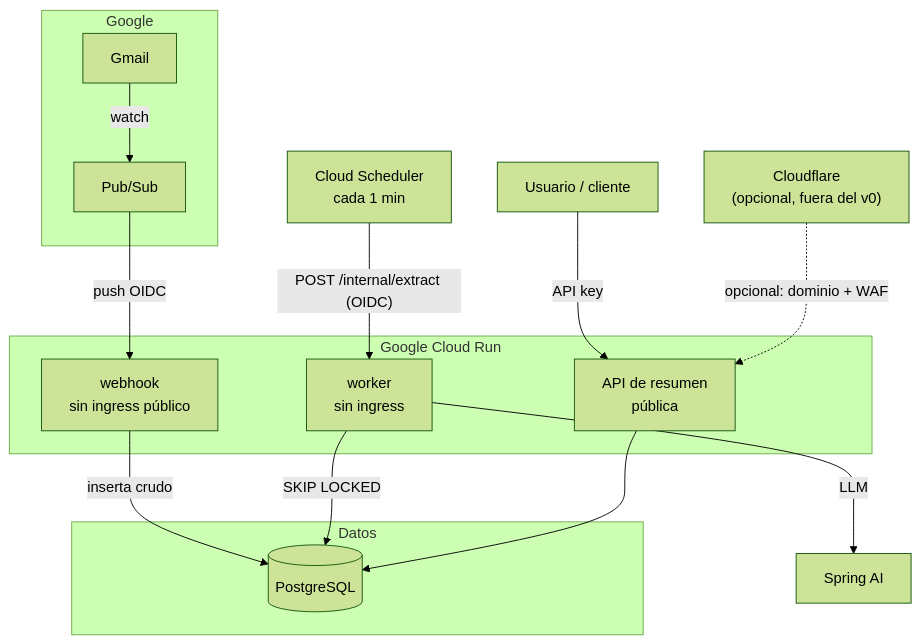
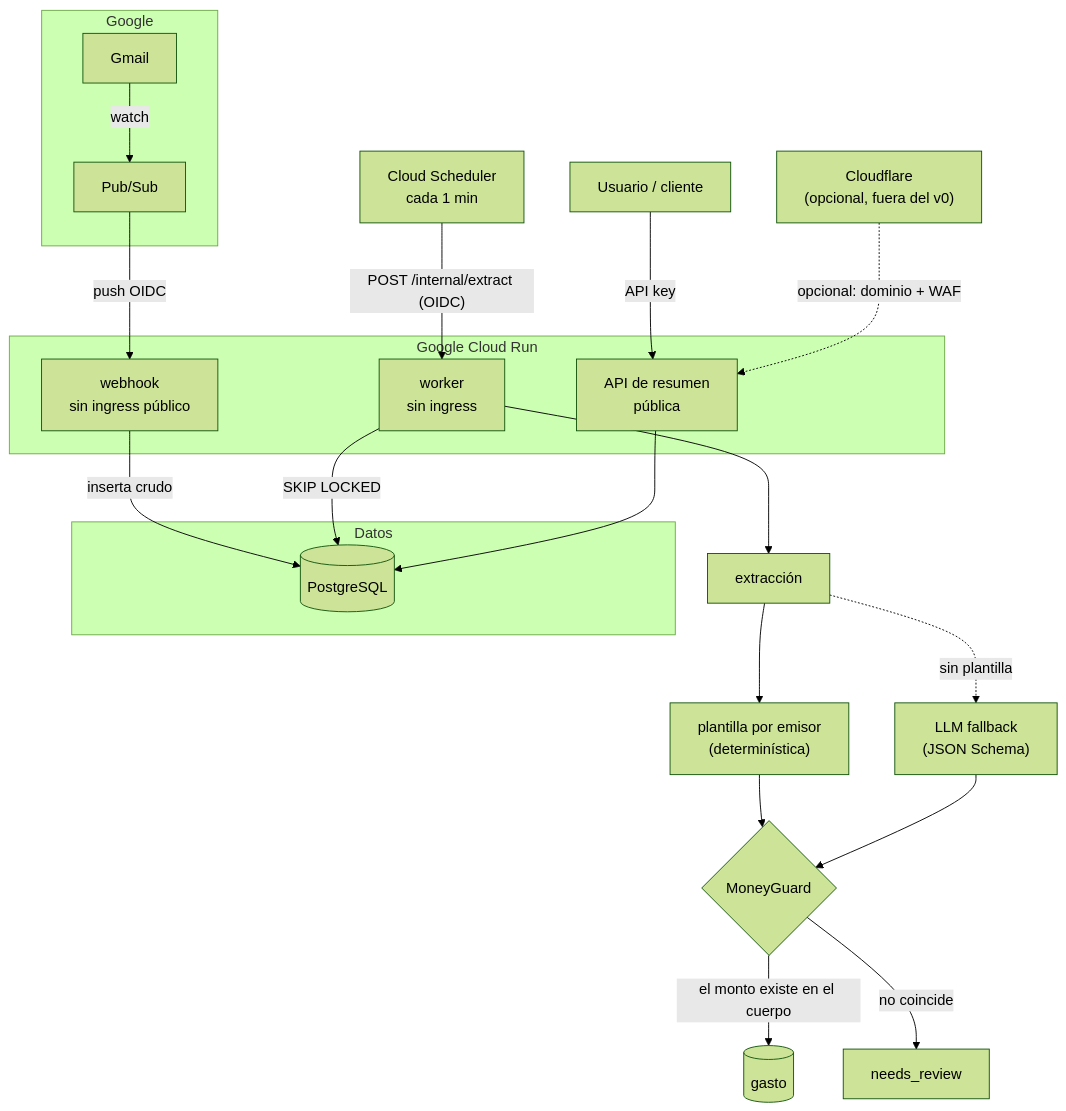
The first of 3 diagrams in docs/architecture.md (fperezlefiman/expense-tracker), drawn with Mermaid (forest theme) before and after one commit. The commit also changed other lines of this file and 7 other files, not shown here.

First line of the commit message:
docs: templates first, LLM as fallback, and a guard over the money (ADR 0014, 0015)

````diff
--- a/docs/architecture.md
+++ b/docs/architecture.md
@@ -8,28 +8,34 @@
 ```mermaid
 flowchart TB
     subgraph Google
         GM[Gmail]
         PS[Pub/Sub]
     end
     subgraph GCP["Google Cloud Run"]
         WH["webhook<br/>sin ingress público"]
         WK["worker<br/>sin ingress"]
         API["API de resumen<br/>pública"]
     end
     SCH["Cloud Scheduler<br/>cada 1 min"]
     subgraph Datos
         PG[("PostgreSQL")]
     end
     CF1["Cloudflare<br/>(opcional, fuera del v0)"]
     U["Usuario / cliente"]
 
     GM -->|"watch"| PS
     PS -->|"push OIDC"| WH
     WH -->|"inserta crudo"| PG
     SCH -->|"POST /internal/extract (OIDC)"| WK
     WK -->|"SKIP LOCKED"| PG
-    WK -->|"LLM"| EXT["Spring AI"]
+    WK --> EXT["extracción"]
+    EXT --> TPL["plantilla por emisor<br/>(determinística)"]
+    EXT -.->|"sin plantilla"| LLM["LLM fallback<br/>(JSON Schema)"]
+    TPL --> GRD{"MoneyGuard"}
+    LLM --> GRD
+    GRD -->|"el monto existe en el cuerpo"| PG2[("gasto")]
+    GRD -->|"no coincide"| NRV["needs_review"]
     U -->|"API key"| API
     CF1 -.->|"opcional: dominio + WAF"| API
     API --> PG
 ```
````
